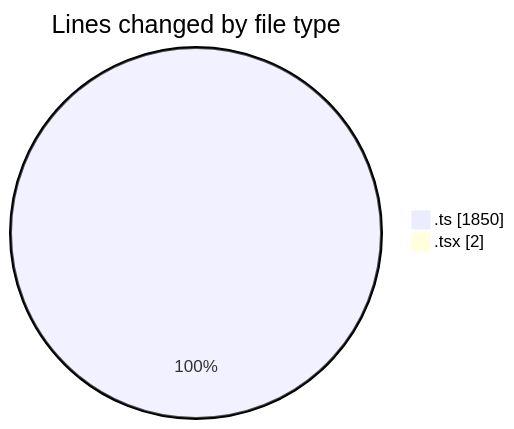
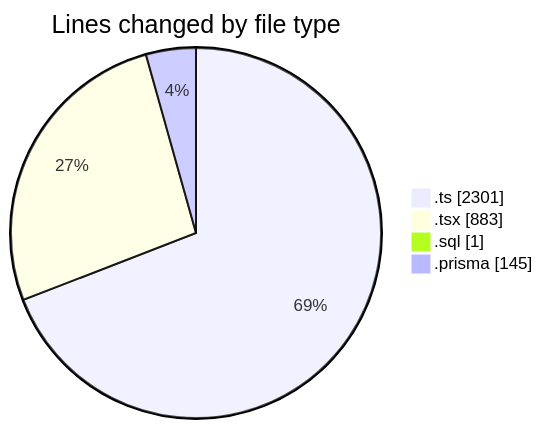
Before and after one commit to CELIANVF/code-tracking: the first of 2 diagrams in 2025-06-03/ecodeli-1/README.md, drawn with Mermaid. The commit also changed other lines of this file and 1 other file, not shown here.

````diff
--- a/2025-06-03/ecodeli-1/README.md
+++ b/2025-06-03/ecodeli-1/README.md
@@ -32,6 +37,8 @@
 ```mermaid
 pie showData
 title Lines changed by file type
-".ts" : 1850
-".tsx" : 2
+".ts" : 2301
+".tsx" : 883
+".sql" : 1
+".prisma" : 145
 ```
````
